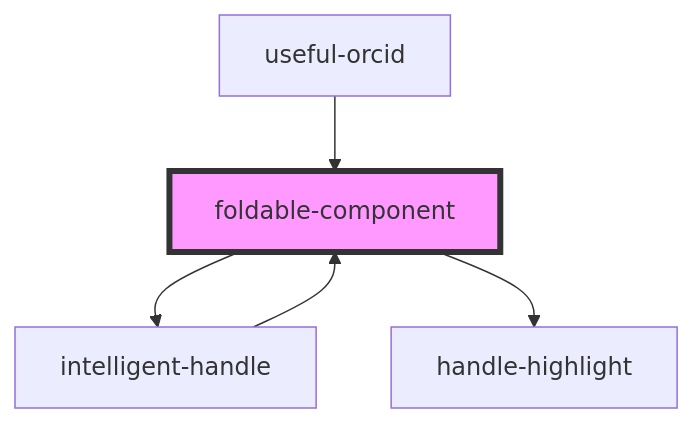
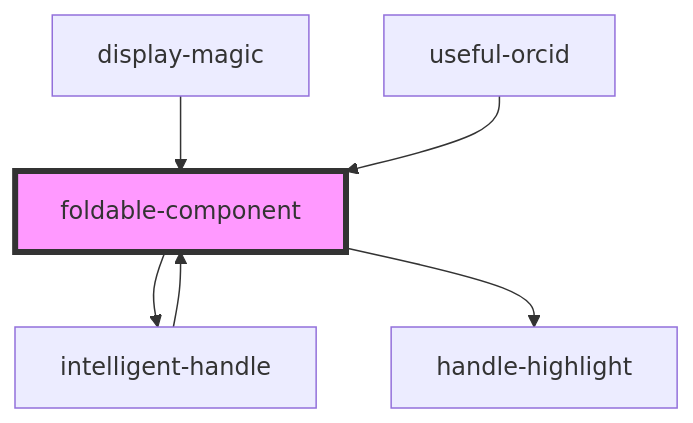
Before and after one commit to kit-data-manager/pid-component: the diagram in src/components/foldable-component/readme.md, drawn with Mermaid. The commit also changed other lines of this file and 15 other files, not shown here.

````diff
--- a/src/components/foldable-component/readme.md
+++ b/src/components/foldable-component/readme.md
@@ -34,8 +35,9 @@
 ```mermaid
 graph TD;
   foldable-component --> intelligent-handle
   foldable-component --> handle-highlight
   intelligent-handle --> foldable-component
+  display-magic --> foldable-component
   useful-orcid --> foldable-component
   style foldable-component fill:#f9f,stroke:#333,stroke-width:4px
 ```
````
